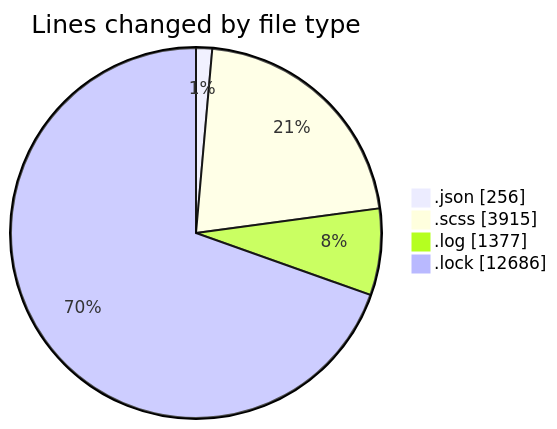
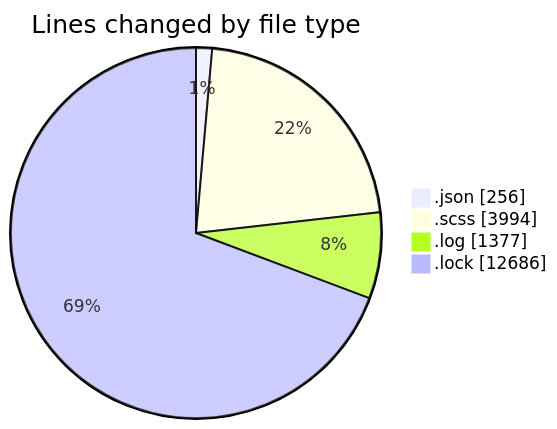
One commit to momahboobian/code-tracking changed the first of 2 diagrams in 2026-01-22/cda/README.md. Above: the diagram before and after it, drawn with Mermaid. The commit also changed other lines of this file and 1 other file, not shown here.

````diff
--- a/2026-01-22/cda/README.md
+++ b/2026-01-22/cda/README.md
@@ -53,8 +54,8 @@
 ```mermaid
 pie showData
 title Lines changed by file type
 ".json" : 256
-".scss" : 3915
+".scss" : 3994
 ".log" : 1377
 ".lock" : 12686
 ```
````
